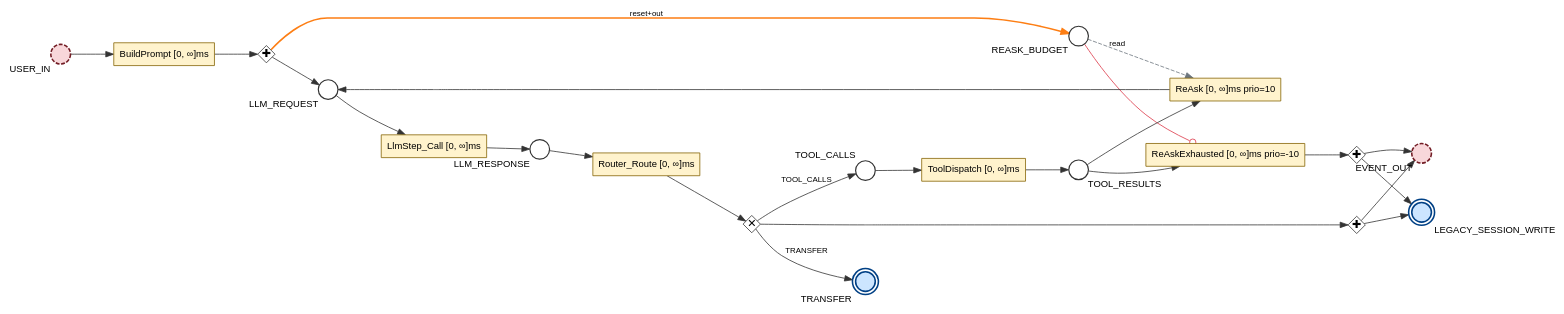
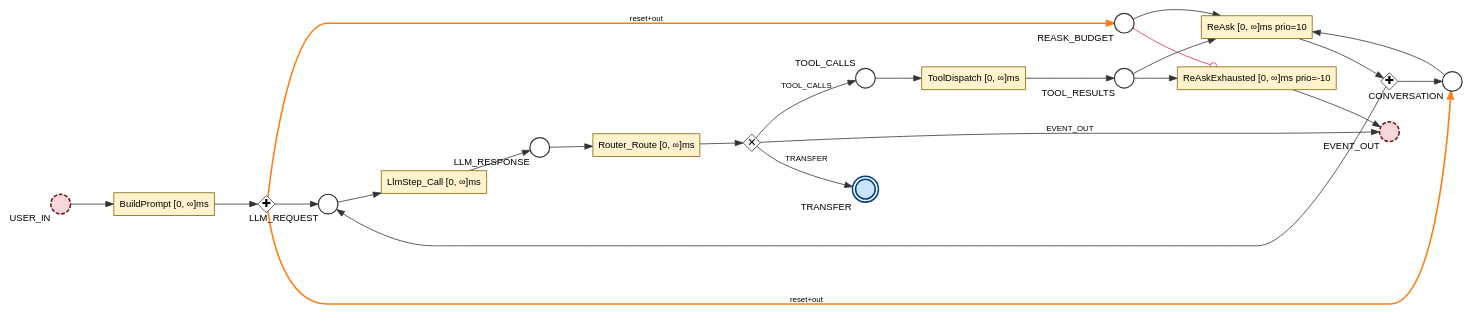
Before and after one commit to debe/adk-libpetri: the diagram in docs/diagrams/dot/llm-agent-subnet.dot, drawn with Graphviz. The commit also changed 7 other files, not shown here.

```diff
--- a/docs/diagrams/dot/llm-agent-subnet.dot
+++ b/docs/diagrams/dot/llm-agent-subnet.dot
@@ -1,56 +1,55 @@
 digraph LlmAgentSubnet {
     rankdir=LR;
     nodesep=0.5;
     ranksep=0.75;
     forcelabels="true";
     overlap="false";
     fontname="Helvetica,Arial,sans-serif";
     outputorder="edgesfirst";
     compound="true";
     node [fontname="Helvetica,Arial,sans-serif", fontsize=12];
     edge [fontname="Helvetica,Arial,sans-serif", fontsize=10];
 
     p_USER_IN [label="", shape="circle", style="filled,dashed", fillcolor="#f8d7da", color="#721c24", penwidth=2, width=0.35, xlabel="USER_IN", fixedsize="true"];
     p_LLM_REQUEST [label="", shape="circle", style="filled", fillcolor="#FFFFFF", color="#333333", penwidth=1.5, width=0.35, xlabel="LLM_REQUEST", fixedsize="true"];
     p_REASK_BUDGET [label="", shape="circle", style="filled", fillcolor="#FFFFFF", color="#333333", penwidth=1.5, width=0.35, xlabel="REASK_BUDGET", fixedsize="true"];
+    p_CONVERSATION [label="", shape="circle", style="filled", fillcolor="#FFFFFF", color="#333333", penwidth=1.5, width=0.35, xlabel="CONVERSATION", fixedsize="true"];
     p_LLM_RESPONSE [label="", shape="circle", style="filled", fillcolor="#FFFFFF", color="#333333", penwidth=1.5, width=0.35, xlabel="LLM_RESPONSE", fixedsize="true"];
     p_TOOL_CALLS [label="", shape="circle", style="filled", fillcolor="#FFFFFF", color="#333333", penwidth=1.5, width=0.35, xlabel="TOOL_CALLS", fixedsize="true"];
     p_TRANSFER [label="", shape="doublecircle", style="filled", fillcolor="#cce5ff", color="#004085", penwidth=2, width=0.35, xlabel="TRANSFER", fixedsize="true"];
     p_EVENT_OUT [label="", shape="circle", style="filled,dashed", fillcolor="#f8d7da", color="#721c24", penwidth=2, width=0.35, xlabel="EVENT_OUT", fixedsize="true"];
-    p_LEGACY_SESSION_WRITE [label="", shape="doublecircle", style="filled", fillcolor="#cce5ff", color="#004085", penwidth=2, width=0.35, xlabel="LEGACY_SESSION_WRITE", fixedsize="true"];
     p_TOOL_RESULTS [label="", shape="circle", style="filled", fillcolor="#FFFFFF", color="#333333", penwidth=1.5, width=0.35, xlabel="TOOL_RESULTS", fixedsize="true"];
     t_BuildPrompt [label="BuildPrompt [0, ∞]ms", shape="box", style="filled", fillcolor="#fff3cd", color="#856404", penwidth=1, height=0.4, width=0.8];
     t_LlmStep_Call [label="LlmStep_Call [0, ∞]ms", shape="box", style="filled", fillcolor="#fff3cd", color="#856404", penwidth=1, height=0.4, width=0.8];
     t_Router_Route [label="Router_Route [0, ∞]ms", shape="box", style="filled", fillcolor="#fff3cd", color="#856404", penwidth=1, height=0.4, width=0.8];
     t_ToolDispatch [label="ToolDispatch [0, ∞]ms", shape="box", style="filled", fillcolor="#fff3cd", color="#856404", penwidth=1, height=0.4, width=0.8];
     t_ReAsk [label="ReAsk [0, ∞]ms prio=10", shape="box", style="filled", fillcolor="#fff3cd", color="#856404", penwidth=1, height=0.4, width=0.8];
     t_ReAskExhausted [label="ReAskExhausted [0, ∞]ms prio=-10", shape="box", style="filled", fillcolor="#fff3cd", color="#856404", penwidth=1, height=0.4, width=0.8];
     j_BuildPrompt__and_0 [label="✚", shape="diamond", style="filled", fillcolor="#FFFFFF", color="#333333", penwidth=1, height=0.3, width=0.3, fixedsize="true", fontsize=14];
     j_Router_Route__xor_0 [label="✕", shape="diamond", style="filled", fillcolor="#FFFFFF", color="#333333", penwidth=1, height=0.3, width=0.3, fixedsize="true", fontsize=14];
-    j_Router_Route__and_1 [label="✚", shape="diamond", style="filled", fillcolor="#FFFFFF", color="#333333", penwidth=1, height=0.3, width=0.3, fixedsize="true", fontsize=14];
-    j_ReAskExhausted__and_0 [label="✚", shape="diamond", style="filled", fillcolor="#FFFFFF", color="#333333", penwidth=1, height=0.3, width=0.3, fixedsize="true", fontsize=14];
+    j_ReAsk__and_0 [label="✚", shape="diamond", style="filled", fillcolor="#FFFFFF", color="#333333", penwidth=1, height=0.3, width=0.3, fixedsize="true", fontsize=14];
 
     p_USER_IN -> t_BuildPrompt [color="#333333", style="solid", arrowhead="normal"];
     t_BuildPrompt -> j_BuildPrompt__and_0 [color="#333333", style="solid", arrowhead="normal"];
     j_BuildPrompt__and_0 -> p_LLM_REQUEST [color="#333333", style="solid", arrowhead="normal"];
     j_BuildPrompt__and_0 -> p_REASK_BUDGET [color="#fd7e14", style="bold", arrowhead="normal", label="reset+out", penwidth=2];
+    j_BuildPrompt__and_0 -> p_CONVERSATION [color="#fd7e14", style="bold", arrowhead="normal", label="reset+out", penwidth=2];
     p_LLM_REQUEST -> t_LlmStep_Call [color="#333333", style="solid", arrowhead="normal"];
     t_LlmStep_Call -> p_LLM_RESPONSE [color="#333333", style="solid", arrowhead="normal"];
     p_LLM_RESPONSE -> t_Router_Route [color="#333333", style="solid", arrowhead="normal"];
     t_Router_Route -> j_Router_Route__xor_0 [color="#333333", style="solid", arrowhead="normal"];
     j_Router_Route__xor_0 -> p_TOOL_CALLS [color="#333333", style="solid", arrowhead="normal", label="TOOL_CALLS"];
     j_Router_Route__xor_0 -> p_TRANSFER [color="#333333", style="solid", arrowhead="normal", label="TRANSFER"];
-    j_Router_Route__xor_0 -> j_Router_Route__and_1 [color="#333333", style="solid", arrowhead="normal"];
-    j_Router_Route__and_1 -> p_EVENT_OUT [color="#333333", style="solid", arrowhead="normal"];
-    j_Router_Route__and_1 -> p_LEGACY_SESSION_WRITE [color="#333333", style="solid", arrowhead="normal"];
+    j_Router_Route__xor_0 -> p_EVENT_OUT [color="#333333", style="solid", arrowhead="normal", label="EVENT_OUT"];
     p_TOOL_CALLS -> t_ToolDispatch [color="#333333", style="solid", arrowhead="normal"];
     t_ToolDispatch -> p_TOOL_RESULTS [color="#333333", style="solid", arrowhead="normal"];
     p_TOOL_RESULTS -> t_ReAsk [color="#333333", style="solid", arrowhead="normal"];
-    t_ReAsk -> p_LLM_REQUEST [color="#333333", style="solid", arrowhead="normal"];
-    p_REASK_BUDGET -> t_ReAsk [color="#6c757d", style="dashed", arrowhead="normal", label="read"];
+    p_REASK_BUDGET -> t_ReAsk [color="#333333", style="solid", arrowhead="normal"];
+    p_CONVERSATION -> t_ReAsk [color="#333333", style="solid", arrowhead="normal"];
+    t_ReAsk -> j_ReAsk__and_0 [color="#333333", style="solid", arrowhead="normal"];
+    j_ReAsk__and_0 -> p_LLM_REQUEST [color="#333333", style="solid", arrowhead="normal"];
+    j_ReAsk__and_0 -> p_CONVERSATION [color="#333333", style="solid", arrowhead="normal"];
     p_TOOL_RESULTS -> t_ReAskExhausted [color="#333333", style="solid", arrowhead="normal"];
-    t_ReAskExhausted -> j_ReAskExhausted__and_0 [color="#333333", style="solid", arrowhead="normal"];
-    j_ReAskExhausted__and_0 -> p_EVENT_OUT [color="#333333", style="solid", arrowhead="normal"];
-    j_ReAskExhausted__and_0 -> p_LEGACY_SESSION_WRITE [color="#333333", style="solid", arrowhead="normal"];
+    t_ReAskExhausted -> p_EVENT_OUT [color="#333333", style="solid", arrowhead="normal"];
     p_REASK_BUDGET -> t_ReAskExhausted [color="#dc3545", style="solid", arrowhead="odot"];
 }
```
